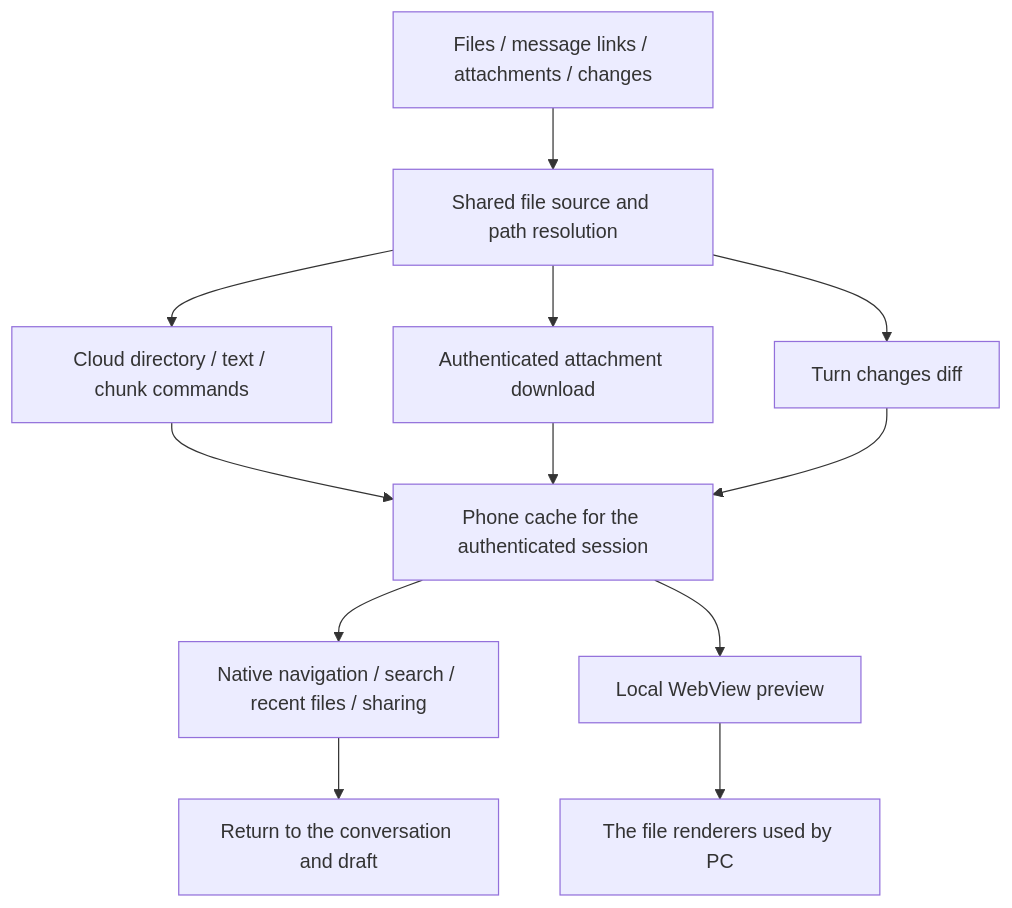
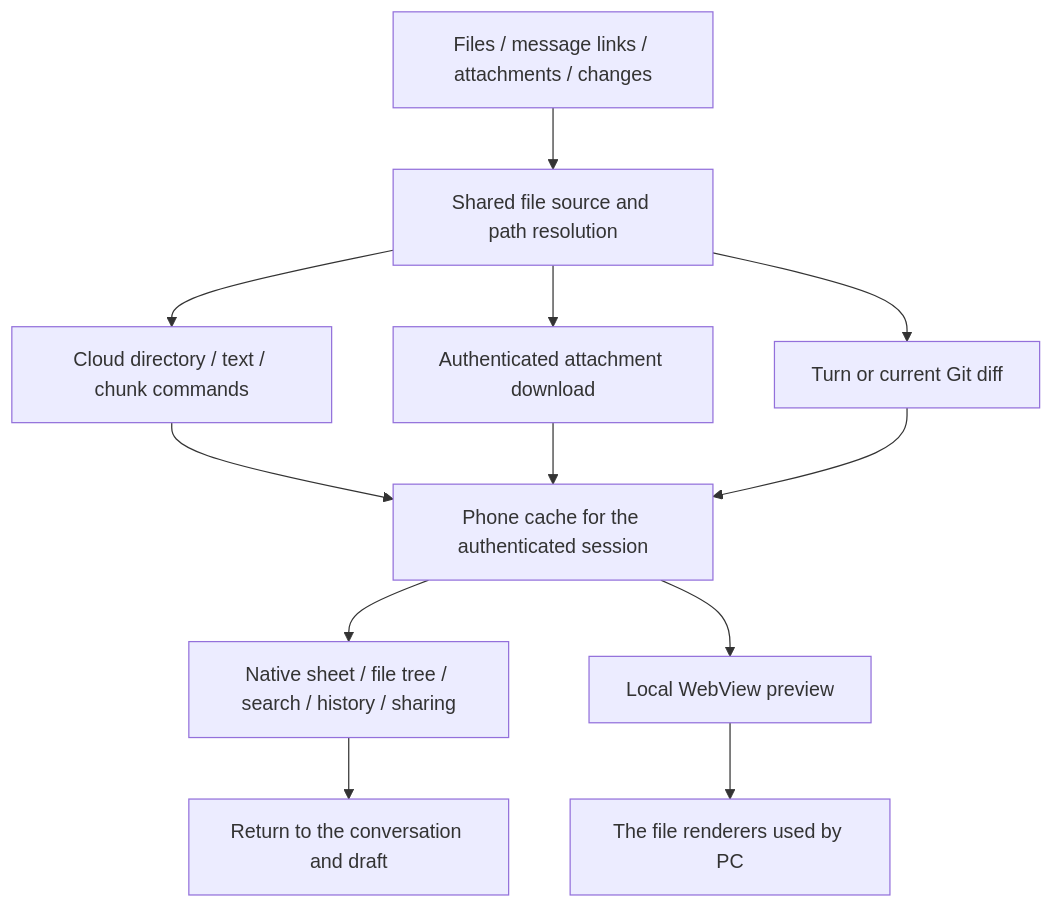
One commit to wecode-ai/Wegent changed the diagram in docs/en/wework/mobile-file-preview.md. Above: the diagram before and after it, drawn with Mermaid. The commit also changed other lines of this file and 77 other files, not shown here.

````diff
--- a/docs/en/wework/mobile-file-preview.md
+++ b/docs/en/wework/mobile-file-preview.md
@@ -55,14 +83,14 @@
 ```mermaid
 flowchart TD
   E[Files / message links / attachments / changes] --> T[Shared file source and path resolution]
   T --> W[Cloud directory / text / chunk commands]
   T --> A[Authenticated attachment download]
-  T --> D[Turn changes diff]
+  T --> D[Turn or current Git diff]
   W --> C[Phone cache for the authenticated session]
   A --> C
   D --> C
-  C --> N[Native navigation / search / recent files / sharing]
+  C --> N[Native sheet / file tree / search / history / sharing]
   C --> V[Local WebView preview]
   V --> P[The file renderers used by PC]
   N --> R[Return to the conversation and draft]
 ```
````
